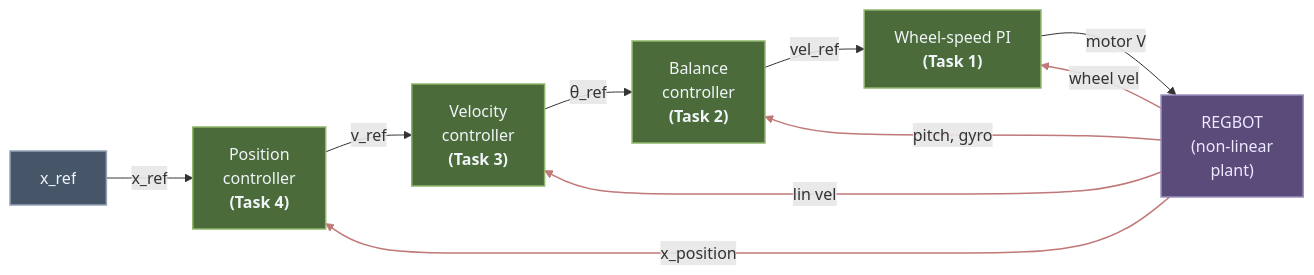
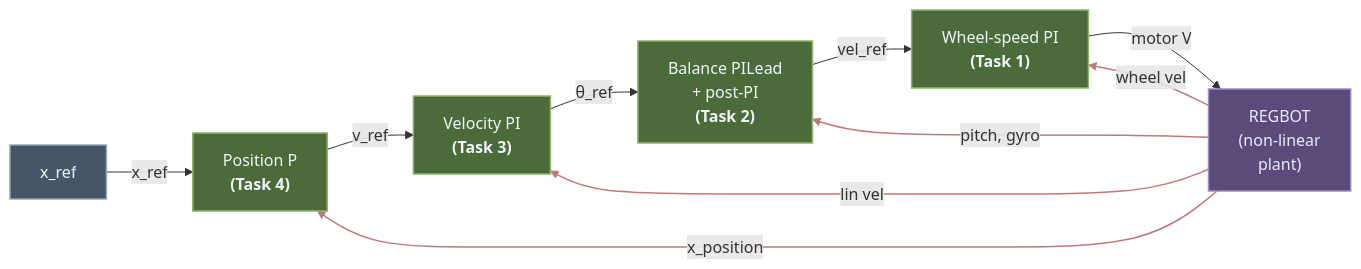
One commit to MadsRudolph/REGBOT-Balance changed the diagram in docs/REGBOT Balance Assignment.md. Above: the diagram before and after it, drawn with Mermaid. The commit also changed other lines of this file, not shown here.

````diff
--- a/docs/REGBOT Balance Assignment.md
+++ b/docs/REGBOT Balance Assignment.md
@@ -159,26 +25,26 @@
 ```mermaid
 flowchart LR
     classDef ref   fill:#475569,stroke:#94a3b8,color:#f1f5f9,stroke-width:1.5px
     classDef ctrl  fill:#4b6b3a,stroke:#8fb56b,color:#f1f5f9,stroke-width:1.5px
     classDef plant fill:#5b4b7a,stroke:#9a8fbd,color:#ede9fe,stroke-width:1.5px
     classDef fb    fill:#7a4141,stroke:#c07878,color:#fce4e4,stroke-width:1.5px
 
     XRef["x_ref"]:::ref
-    PosCtrl["Position<br/>controller<br/><b>(Task 4)</b>"]:::ctrl
-    VelCtrl["Velocity<br/>controller<br/><b>(Task 3)</b>"]:::ctrl
-    BalCtrl["Balance<br/>controller<br/><b>(Task 2)</b>"]:::ctrl
+    PosCtrl["Position P<br/><b>(Task 4)</b>"]:::ctrl
+    VelCtrl["Velocity PI<br/><b>(Task 3)</b>"]:::ctrl
+    BalCtrl["Balance PILead<br/>+ post-PI<br/><b>(Task 2)</b>"]:::ctrl
     WVCtrl["Wheel-speed PI<br/><b>(Task 1)</b>"]:::ctrl
     Robot["REGBOT<br/>(non-linear<br/>plant)"]:::plant
 
     XRef -->|x_ref| PosCtrl
     PosCtrl -->|v_ref| VelCtrl
     VelCtrl -->|θ_ref| BalCtrl
     BalCtrl -->|vel_ref| WVCtrl
     WVCtrl -->|motor V| Robot
     Robot -->|pitch, gyro| BalCtrl
     Robot -->|wheel vel| WVCtrl
     Robot -->|lin vel| VelCtrl
     Robot -->|x_position| PosCtrl
 
     linkStyle 5,6,7,8 stroke:#c07878,stroke-width:1.5px
 ```
````
